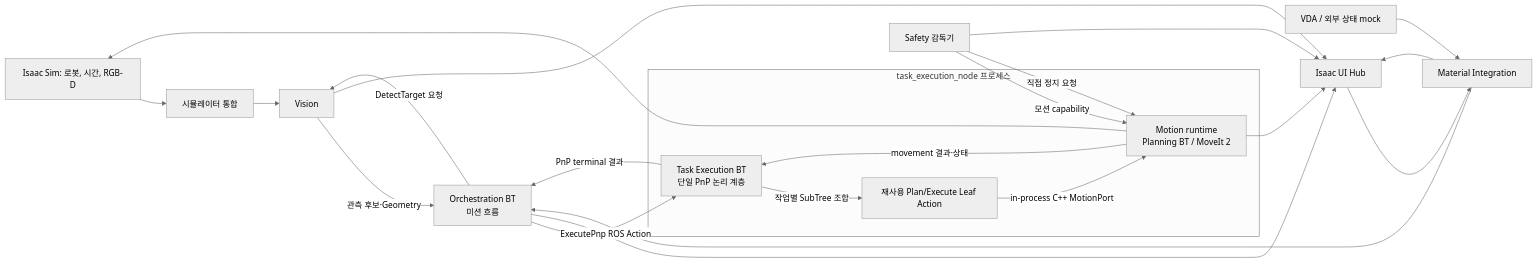
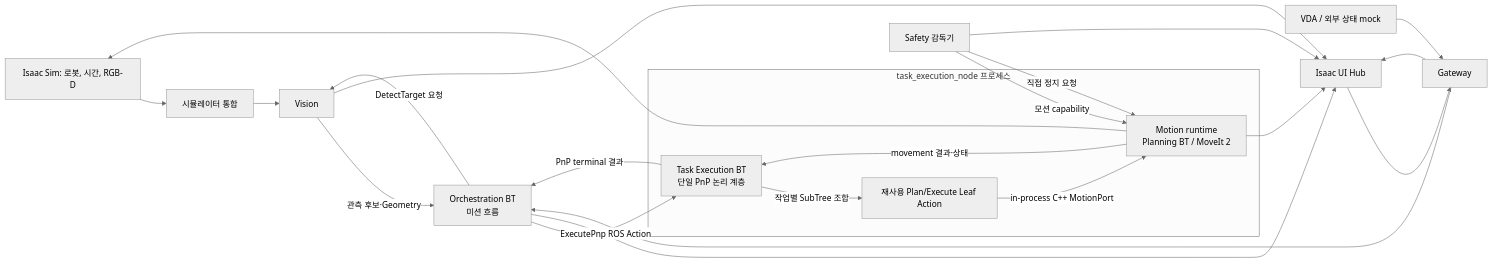
Before and after one commit to dev-kibeom/sftwin-arm-cell: the diagram in README.md, drawn with Mermaid (neutral theme). The commit also changed other lines of this file and 3 other files, not shown here.

````diff
--- a/README.md
+++ b/README.md
@@ -35,28 +35,28 @@
 ```mermaid
 flowchart LR
     Isaac[Isaac Sim: 로봇, 시간, RGB-D] --> Integration[시뮬레이터 통합]
     Integration --> Vision[Vision]
     Vision -->|관측 후보·Geometry| Orchestration[Orchestration BT<br/>미션 흐름]
     Orchestration -->|DetectTarget 요청| Vision
     Orchestration -->|ExecutePnp ROS Action| TaskExecution
     subgraph TaskRuntime[task_execution_node 프로세스]
         TaskExecution[Task Execution BT<br/>단일 PnP 논리 계층]
         MotionActions[재사용 Plan/Execute Leaf Action]
         Motion[Motion runtime<br/>Planning BT / MoveIt 2]
         TaskExecution -->|작업별 SubTree 조합| MotionActions
         MotionActions -->|in-process C++ MotionPort| Motion
         Motion -->|movement 결과·상태| TaskExecution
     end
     TaskExecution -->|PnP terminal 결과| Orchestration
     Motion --> Isaac
-    VDA[VDA / 외부 상태 mock] --> Material[Material Integration]
+    VDA[VDA / 외부 상태 mock] --> Material[Gateway]
     Hub[Isaac UI Hub] --> Material
     Material --> Orchestration
     Safety[Safety 감독기] -->|모션 capability| Motion
     Safety -->|직접 정지 요청| Motion
     Orchestration --> Hub
     Vision --> Hub
     Motion --> Hub
     Safety --> Hub
     Material --> Hub
 ```
````
